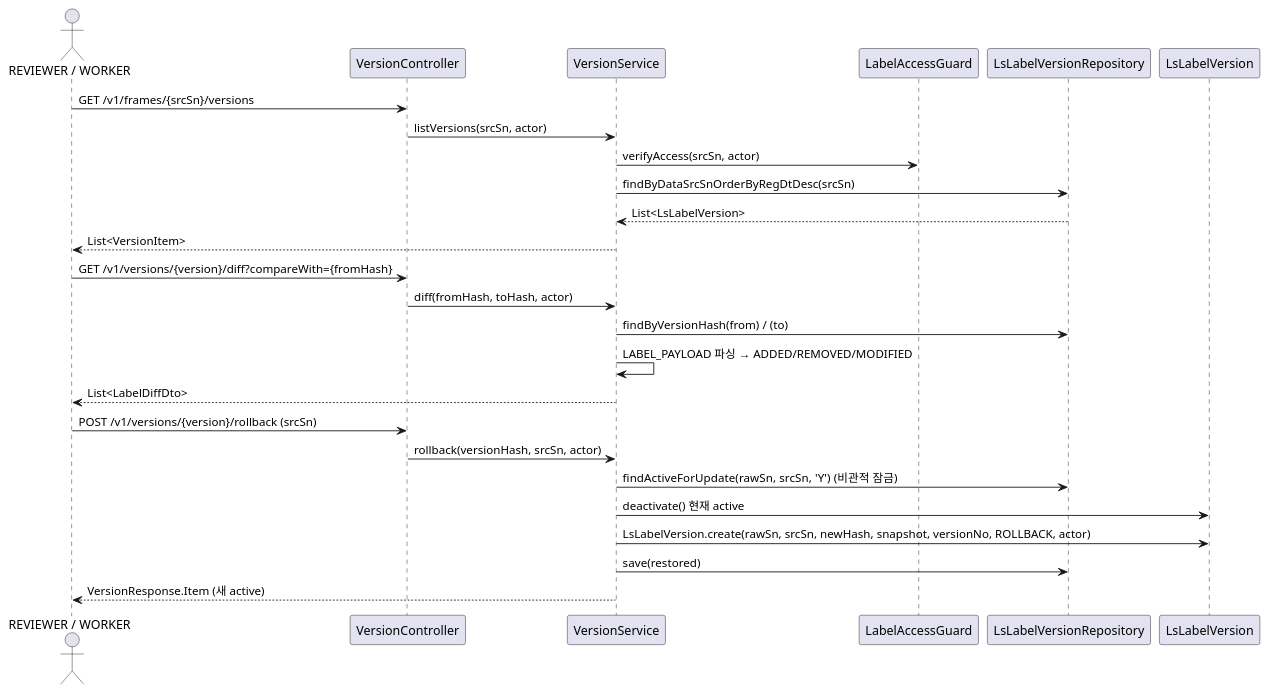
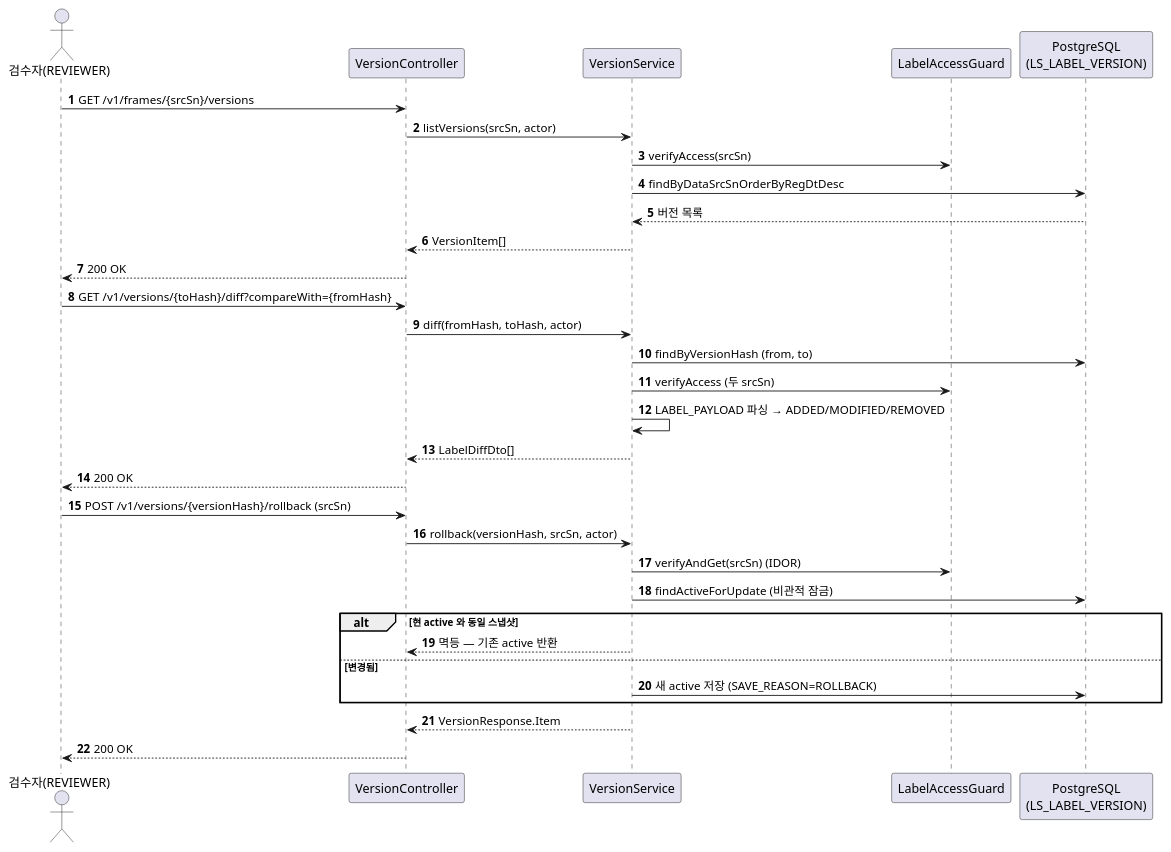
Before and after one commit to New-stella/klid-label: the ninth of 18 diagrams in docs/design/D1-클래스설계서.md, drawn with PlantUML. The commit also changed other lines of this file and 36 other files, not shown here.

````diff
--- a/docs/design/D1-클래스설계서.md
+++ b/docs/design/D1-클래스설계서.md
@@ -226,31 +475,38 @@
 ```plantuml
 @startuml
-actor "REVIEWER / WORKER" as U
-participant "VersionController" as C
-participant "VersionService" as S
-participant "LabelAccessGuard" as G
-participant "LsLabelVersionRepository" as R
-participant "LsLabelVersion" as E
+autonumber
+actor "검수자(REVIEWER)" as RV
+participant "VersionController" as VC
+participant "VersionService" as VS
+participant "LabelAccessGuard" as AG
+participant "PostgreSQL\n(LS_LABEL_VERSION)" as DB
 
-U -> C : GET /v1/frames/{srcSn}/versions
-C -> S : listVersions(srcSn, actor)
-S -> G : verifyAccess(srcSn, actor)
-S -> R : findByDataSrcSnOrderByRegDtDesc(srcSn)
-R --> S : List<LsLabelVersion>
-S --> U : List<VersionItem>
+RV -> VC : GET /v1/frames/{srcSn}/versions
+VC -> VS : listVersions(srcSn, actor)
+VS -> AG : verifyAccess(srcSn)
+VS -> DB : findByDataSrcSnOrderByRegDtDesc
+DB --> VS : 버전 목록
+VS --> VC : VersionItem[]
+VC --> RV : 200 OK
 
-U -> C : GET /v1/versions/{version}/diff?compareWith={fromHash}
-C -> S : diff(fromHash, toHash, actor)
-S -> R : findByVersionHash(from) / (to)
-S -> S : LABEL_PAYLOAD 파싱 → ADDED/REMOVED/MODIFIED
-S --> U : List<LabelDiffDto>
+RV -> VC : GET /v1/versions/{toHash}/diff?compareWith={fromHash}
+VC -> VS : diff(fromHash, toHash, actor)
+VS -> DB : findByVersionHash (from, to)
+VS -> AG : verifyAccess (두 srcSn)
+VS -> VS : LABEL_PAYLOAD 파싱 → ADDED/MODIFIED/REMOVED
+VS --> VC : LabelDiffDto[]
+VC --> RV : 200 OK
 
-U -> C : POST /v1/versions/{version}/rollback (srcSn)
-C -> S : rollback(versionHash, srcSn, actor)
-S -> R : findActiveForUpdate(rawSn, srcSn, 'Y')  (비관적 잠금)
-S -> E : deactivate() 현재 active
-S -> E : LsLabelVersion.create(rawSn, srcSn, newHash, snapshot, versionNo, ROLLBACK, actor)
-S -> R : save(restored)
-S --> U : VersionResponse.Item (새 active)
+RV -> VC : POST /v1/versions/{versionHash}/rollback (srcSn)
+VC -> VS : rollback(versionHash, srcSn, actor)
+VS -> AG : verifyAndGet(srcSn) (IDOR)
+VS -> DB : findActiveForUpdate (비관적 잠금)
+alt 현 active 와 동일 스냅샷
+  VS --> VC : 멱등 — 기존 active 반환
+else 변경됨
+  VS -> DB : 새 active 저장 (SAVE_REASON=ROLLBACK)
+end
+VS --> VC : VersionResponse.Item
+VC --> RV : 200 OK
 @enduml
 ```
````
